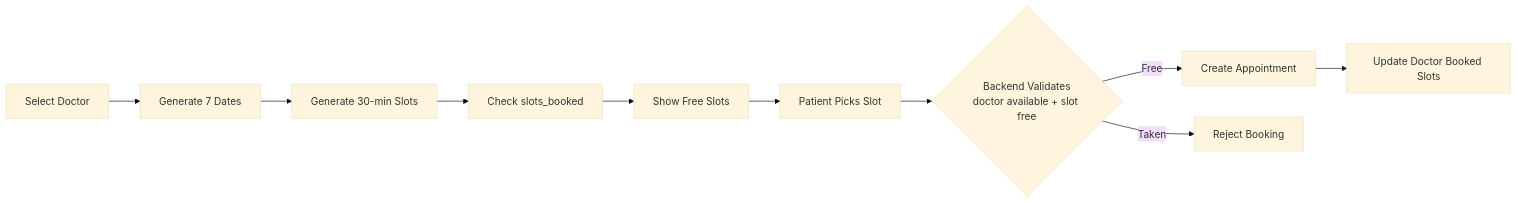
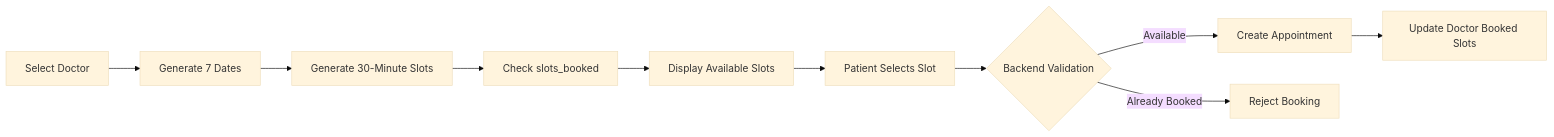
The sixth of 10 diagrams in README.md (aryankk073/Prescripto), drawn with Mermaid (base theme) before and after one commit. The commit also changed other lines of this file and 1 other file, not shown here.

````diff
--- a/README.md
+++ b/README.md
@@ -285,12 +250,12 @@
 ```mermaid
 flowchart LR
     A[Select Doctor] --> B[Generate 7 Dates]
-    B --> C[Generate 30-min Slots]
+    B --> C[Generate 30-Minute Slots]
     C --> D[Check slots_booked]
-    D --> E[Show Free Slots]
-    E --> F[Patient Picks Slot]
-    F --> G{Backend Validates<br/>doctor available + slot free}
-    G -->|Free| H[Create Appointment]
+    D --> E[Display Available Slots]
+    E --> F[Patient Selects Slot]
+    F --> G{Backend Validation}
+    G -->|Available| H[Create Appointment]
     H --> I[Update Doctor Booked Slots]
-    G -->|Taken| J[Reject Booking]
+    G -->|Already Booked| J[Reject Booking]
 ```
````
